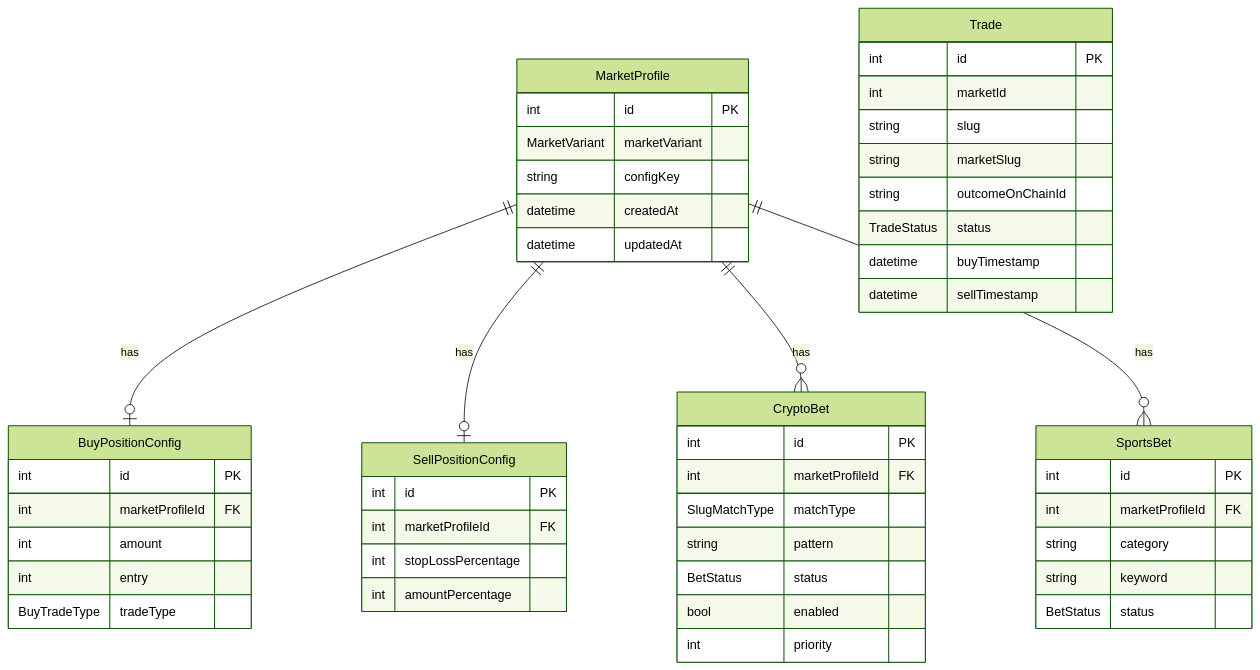
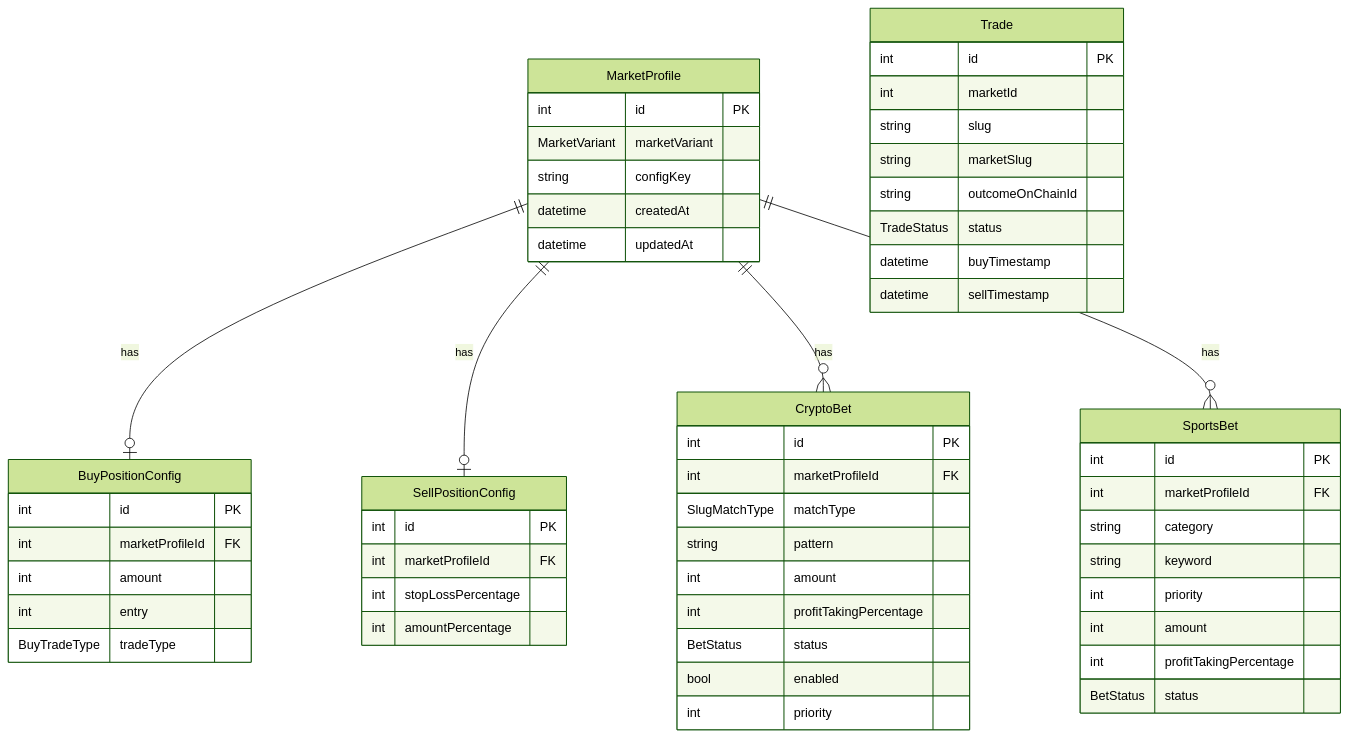
Before and after one commit to blckfsh/prediction-market-trading-bot: the first of 2 diagrams in docs/model-relationships.md, drawn with Mermaid (forest theme). The commit also changed other lines of this file and 20 other files, not shown here.

````diff
--- a/docs/model-relationships.md
+++ b/docs/model-relationships.md
@@ -20,59 +27,64 @@
 ```mermaid
 erDiagram
     MarketProfile ||--o| BuyPositionConfig : has
     MarketProfile ||--o| SellPositionConfig : has
     MarketProfile ||--o{ CryptoBet : has
     MarketProfile ||--o{ SportsBet : has
 
     MarketProfile {
       int id PK
       MarketVariant marketVariant
       string configKey
       datetime createdAt
       datetime updatedAt
     }
 
     BuyPositionConfig {
       int id PK
       int marketProfileId FK
       int amount
       int entry
       BuyTradeType tradeType
     }
 
     SellPositionConfig {
       int id PK
       int marketProfileId FK
       int stopLossPercentage
       int amountPercentage
     }
 
     CryptoBet {
       int id PK
       int marketProfileId FK
       SlugMatchType matchType
       string pattern
+      int amount
+      int profitTakingPercentage
       BetStatus status
       bool enabled
       int priority
     }
 
     SportsBet {
       int id PK
       int marketProfileId FK
       string category
       string keyword
+      int priority
+      int amount
+      int profitTakingPercentage
       BetStatus status
     }
 
     Trade {
       int id PK
       int marketId
       string slug
       string marketSlug
       string outcomeOnChainId
       TradeStatus status
       datetime buyTimestamp
       datetime sellTimestamp
     }
 ```
````
